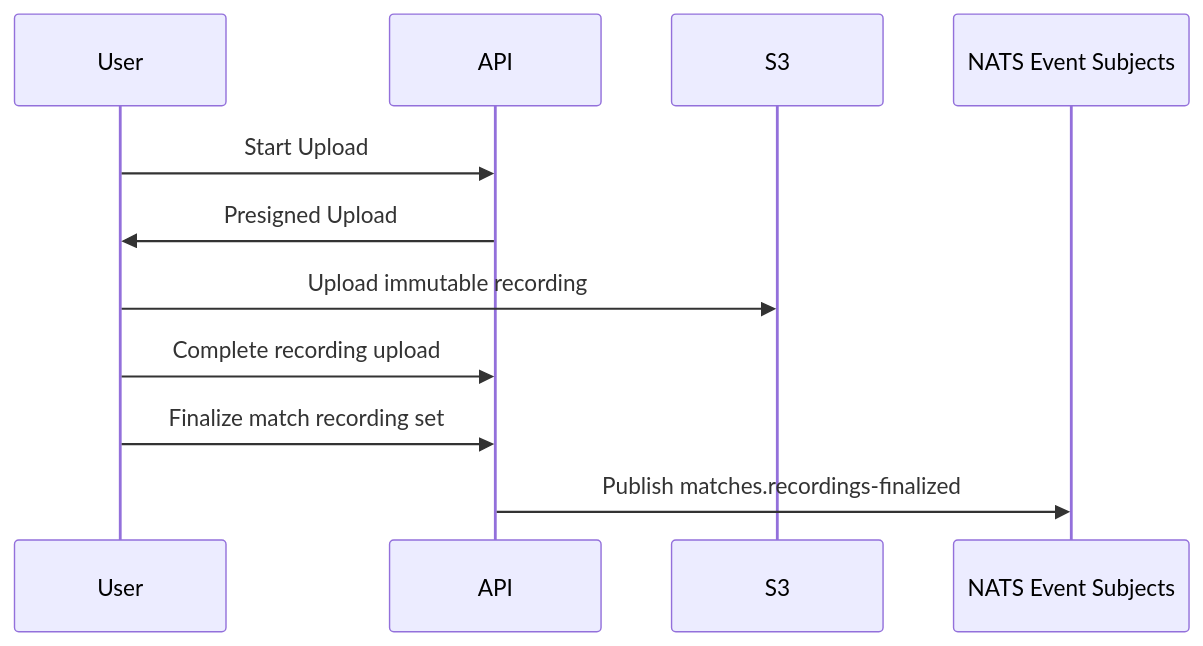
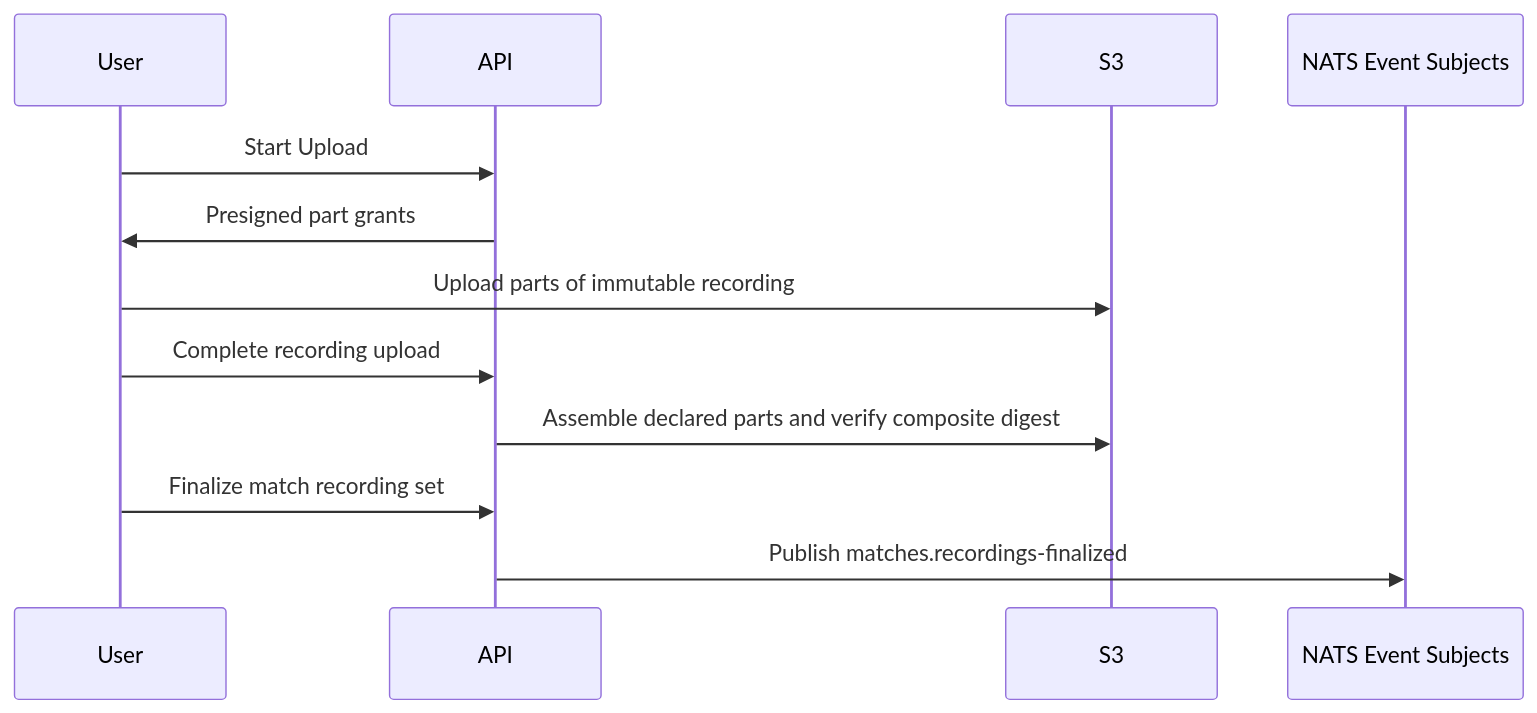
Before and after one commit to markusheiliger/socalytics: the first of 2 diagrams in docs/architecture/match-data-pipeline.md, drawn with Mermaid. The commit also changed other lines of this file and 44 other files, not shown here.

````diff
--- a/docs/architecture/match-data-pipeline.md
+++ b/docs/architecture/match-data-pipeline.md
@@ -10,20 +10,22 @@
 ```mermaid
 sequenceDiagram
 
     participant User
     participant API
     participant S3
     participant Events as NATS Event Subjects
 
     User->>API: Start Upload
 
-    API->>User: Presigned Upload
+    API->>User: Presigned part grants
 
-    User->>S3: Upload immutable recording
+    User->>S3: Upload parts of immutable recording
 
     User->>API: Complete recording upload
+
+    API->>S3: Assemble declared parts and verify composite digest
 
     User->>API: Finalize match recording set
 
     API->>Events: Publish matches.recordings-finalized
 ```
````
